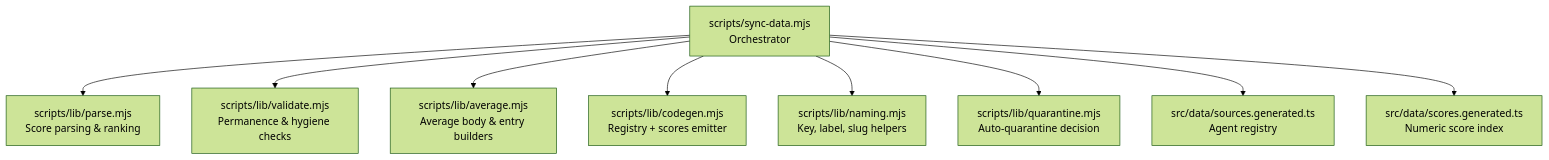
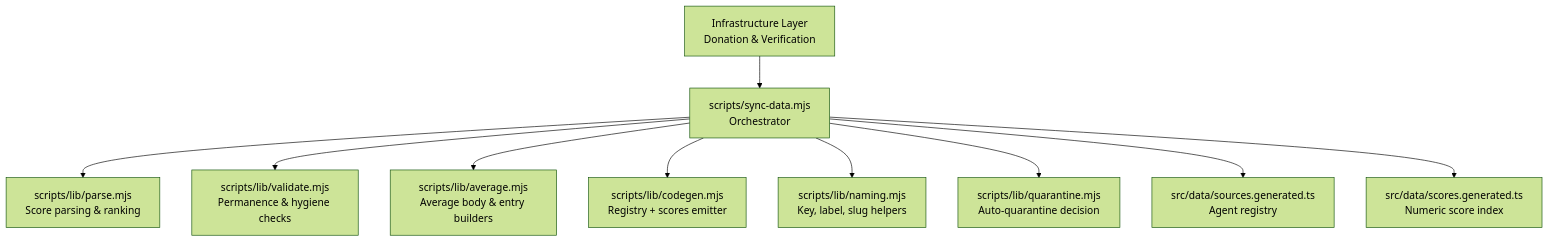
One commit to delirium-dj/modelcomp changed the first of 3 diagrams in .qoder/repowiki/en/content/Model Research & Evaluation/Data Synchronization Pipeline.md. Above: the diagram before and after it, drawn with Mermaid (forest theme). The commit also changed other lines of this file and 103 other files, not shown here.

````diff
--- a/.qoder/repowiki/en/content/Model Research & Evaluation/Data Synchronization Pipeline.md
+++ b/.qoder/repowiki/en/content/Model Research & Evaluation/Data Synchronization Pipeline.md
@@ -54,11 +57,12 @@
 ```mermaid
 graph TB
 Sync["scripts/sync-data.mjs<br/>Orchestrator"] --> Parse["scripts/lib/parse.mjs<br/>Score parsing & ranking"]
 Sync --> Validate["scripts/lib/validate.mjs<br/>Permanence & hygiene checks"]
 Sync --> Average["scripts/lib/average.mjs<br/>Average body & entry builders"]
 Sync --> Codegen["scripts/lib/codegen.mjs<br/>Registry + scores emitter"]
 Sync --> Naming["scripts/lib/naming.mjs<br/>Key, label, slug helpers"]
 Sync --> Quarantine["scripts/lib/quarantine.mjs<br/>Auto-quarantine decision"]
 Sync --> SourcesTS["src/data/sources.generated.ts<br/>Agent registry"]
 Sync --> ScoresTS["src/data/scores.generated.ts<br/>Numeric score index"]
+Infrastructure["Infrastructure Layer<br/>Donation & Verification"] --> Sync
 ```
````
